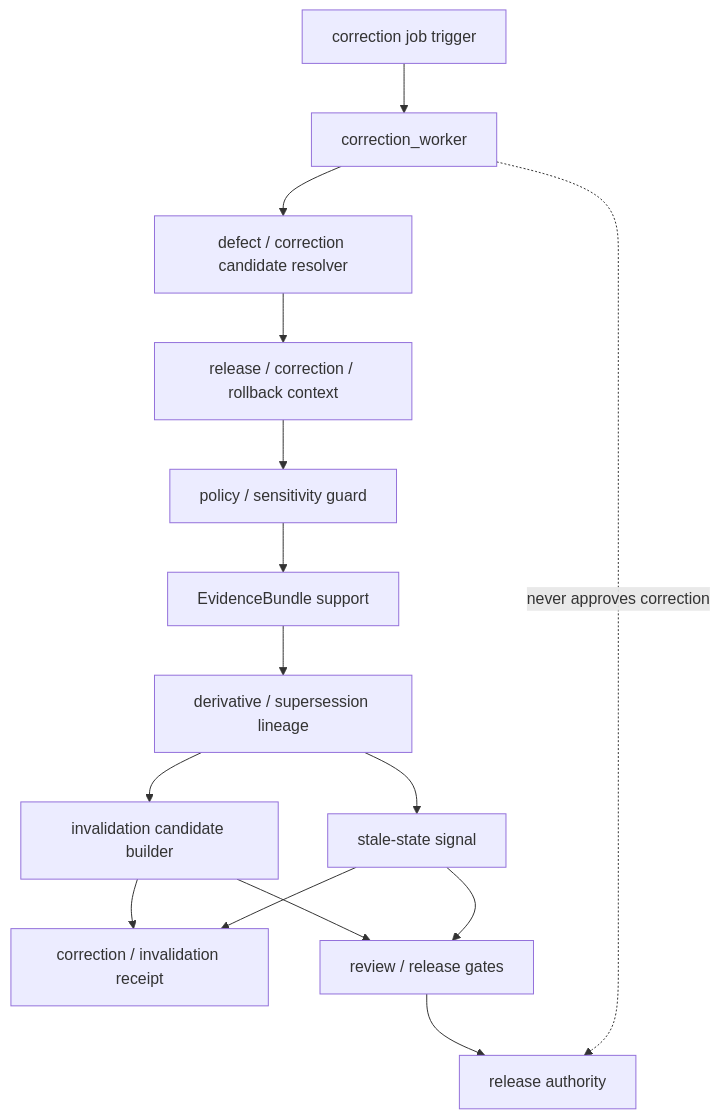
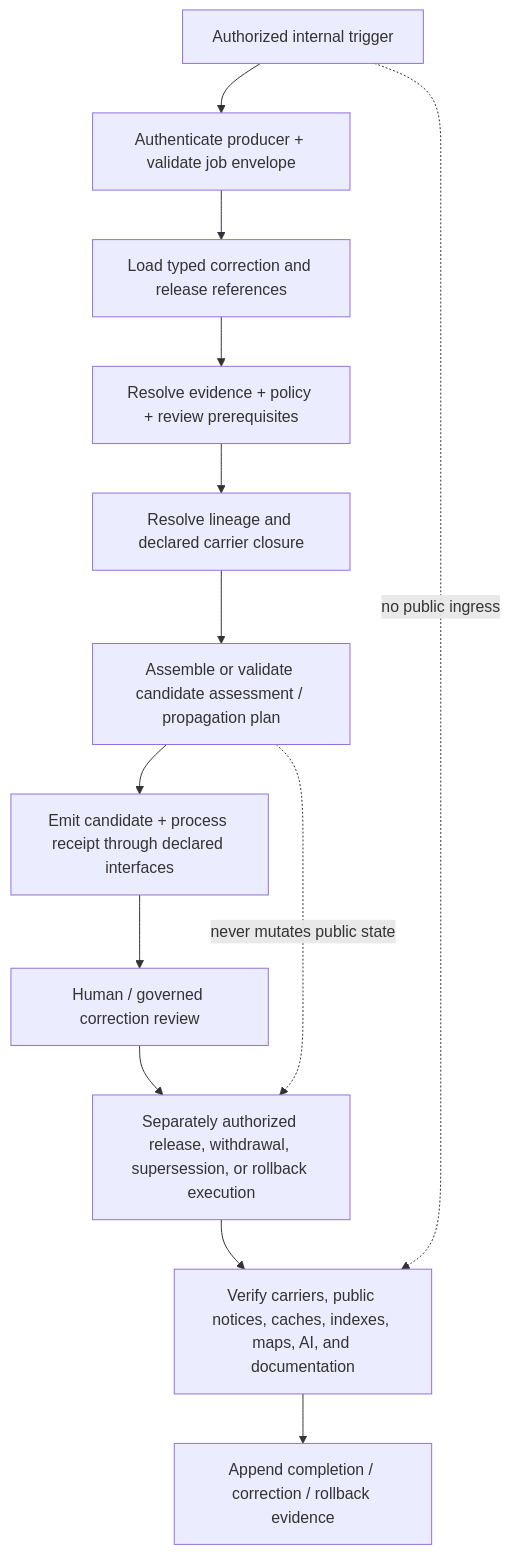
The diagram in apps/workers/src/correction_worker/README.md (bartytime4life/Kansas-Frontier-Matrix), drawn with Mermaid before and after one commit. The commit also changed other lines of this file, not shown here.

Commit message:
docs(workers): modernize correction worker README

````diff
--- a/apps/workers/src/correction_worker/README.md
+++ b/apps/workers/src/correction_worker/README.md
@@ -204,17 +378,16 @@
 ```mermaid
 flowchart TD
-    trigger["correction job trigger"] --> worker["correction_worker"]
-    worker --> candidate["defect / correction candidate resolver"]
-    candidate --> releaseCtx["release / correction / rollback context"]
-    releaseCtx --> policy["policy / sensitivity guard"]
-    policy --> evidence["EvidenceBundle support"]
-    evidence --> lineage["derivative / supersession lineage"]
-    lineage --> invalidation["invalidation candidate builder"]
-    lineage --> stale["stale-state signal"]
-    invalidation --> receipts["correction / invalidation receipt"]
-    stale --> receipts
-    invalidation --> review["review / release gates"]
-    stale --> review
-    review --> release["release authority"]
-    worker -. "never approves correction" .-> release
+    A["Authorized internal trigger"] --> B["Authenticate producer + validate job envelope"]
+    B --> C["Load typed correction and release references"]
+    C --> D["Resolve evidence + policy + review prerequisites"]
+    D --> E["Resolve lineage and declared carrier closure"]
+    E --> F["Assemble or validate candidate assessment / propagation plan"]
+    F --> G["Emit candidate + process receipt through declared interfaces"]
+    G --> H["Human / governed correction review"]
+    H --> I["Separately authorized release, withdrawal, supersession, or rollback execution"]
+    I --> J["Verify carriers, public notices, caches, indexes, maps, AI, and documentation"]
+    J --> K["Append completion / correction / rollback evidence"]
+
+    F -. "never mutates public state" .-> I
+    A -. "no public ingress" .-> J
 ```
````
